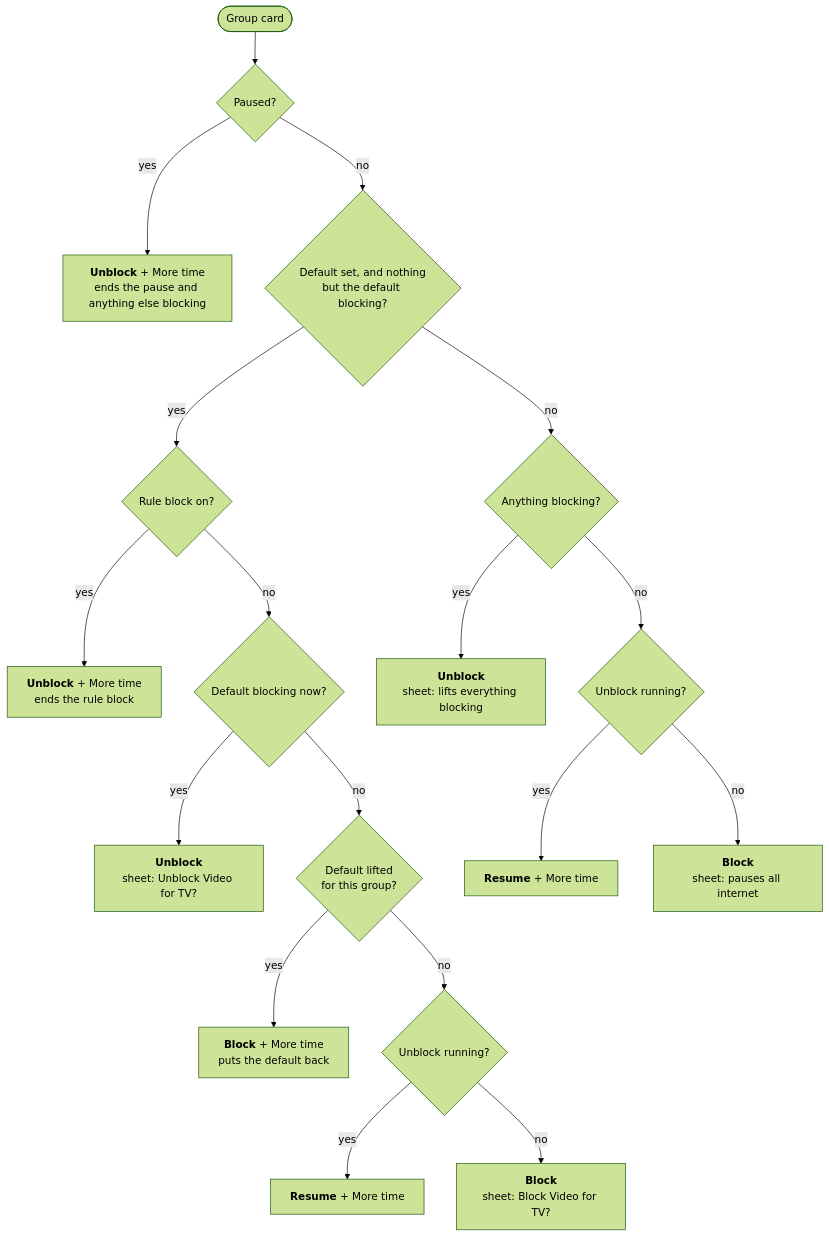
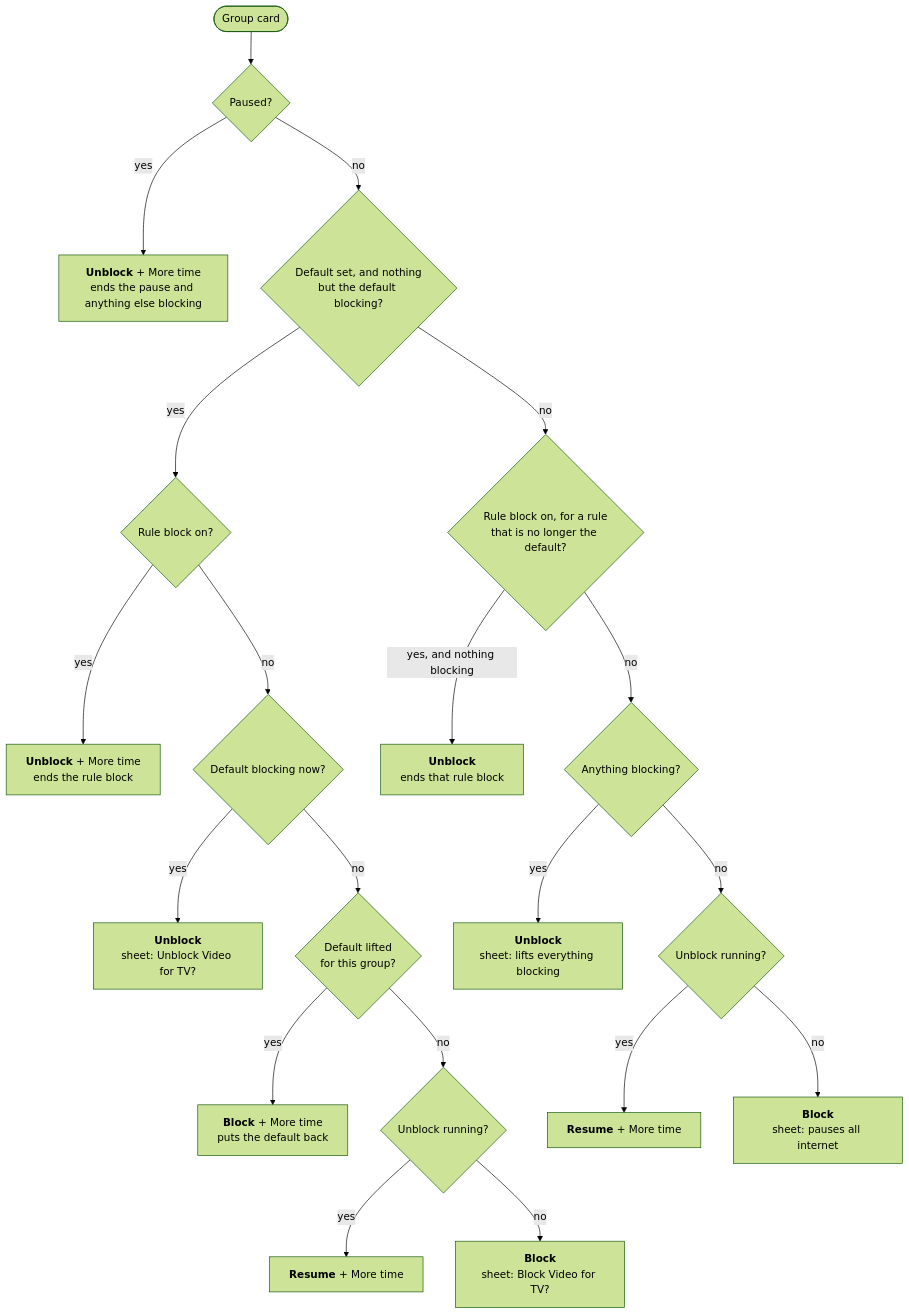
The diagram in docs/group-states.md (nickberardi/familyfi), drawn with Mermaid (forest theme) before and after one commit. The commit also changed other lines of this file and 4 other files, not shown here.

First line of the commit message:
Offer Unblock <rule> for a scheduled rule beside a Block button default, and correct group-states.md

````diff
--- a/docs/group-states.md
+++ b/docs/group-states.md
@@ -66,20 +67,22 @@
 ```mermaid
 flowchart TD
   start([Group card]) --> paused{Paused?}
   paused -- yes --> A["<b>Unblock</b> + More time<br/>ends the pause and anything else blocking"]
   paused -- no --> hasD{Default set, and nothing<br/>but the default blocking?}
   hasD -- yes --> rb{Rule block on?}
   rb -- yes --> B1["<b>Unblock</b> + More time<br/>ends the rule block"]
   rb -- no --> dBlocks{Default blocking now?}
   dBlocks -- yes --> B2["<b>Unblock</b><br/>sheet: Unblock Video for TV?"]
   dBlocks -- no --> dLifted{Default lifted<br/>for this group?}
   dLifted -- yes --> B3["<b>Block</b> + More time<br/>puts the default back"]
   dLifted -- no --> unb1{Unblock running?}
   unb1 -- yes --> B4["<b>Resume</b> + More time"]
   unb1 -- no --> B5["<b>Block</b><br/>sheet: Block Video for TV?"]
-  hasD -- no --> any{Anything blocking?}
+  hasD -- no --> stale{Rule block on, for a rule<br/>that is no longer the default?}
+  stale -- "yes, and nothing blocking" --> C["<b>Unblock</b><br/>ends that rule block"]
+  stale -- no --> any{Anything blocking?}
   any -- yes --> D["<b>Unblock</b><br/>sheet: lifts everything blocking"]
   any -- no --> unb2{Unblock running?}
   unb2 -- yes --> E["<b>Resume</b> + More time"]
   unb2 -- no --> F["<b>Block</b><br/>sheet: pauses all internet"]
 ```
````
